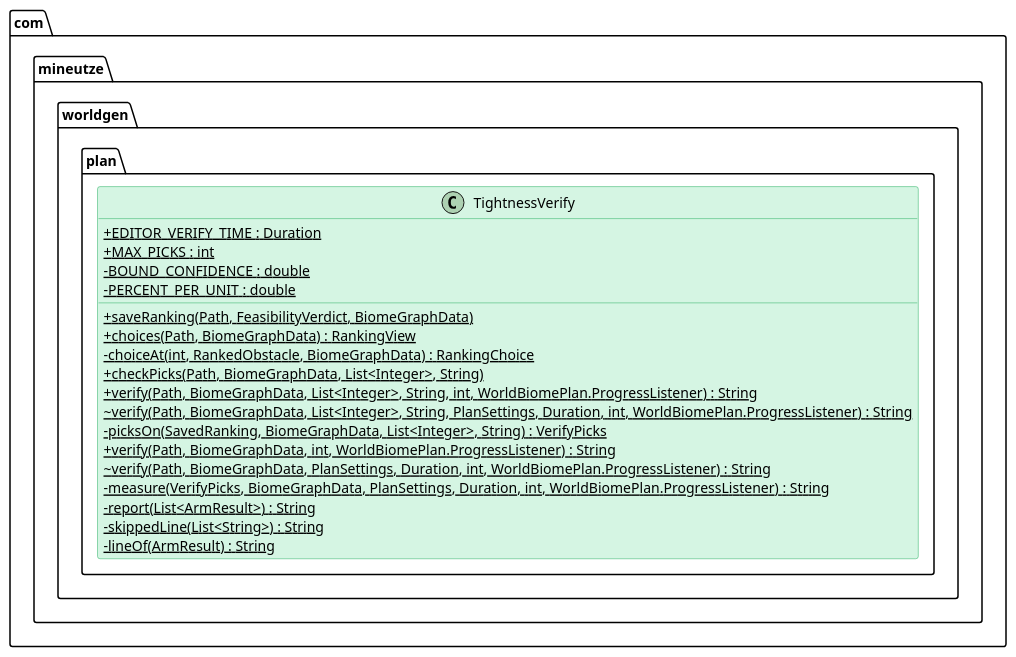
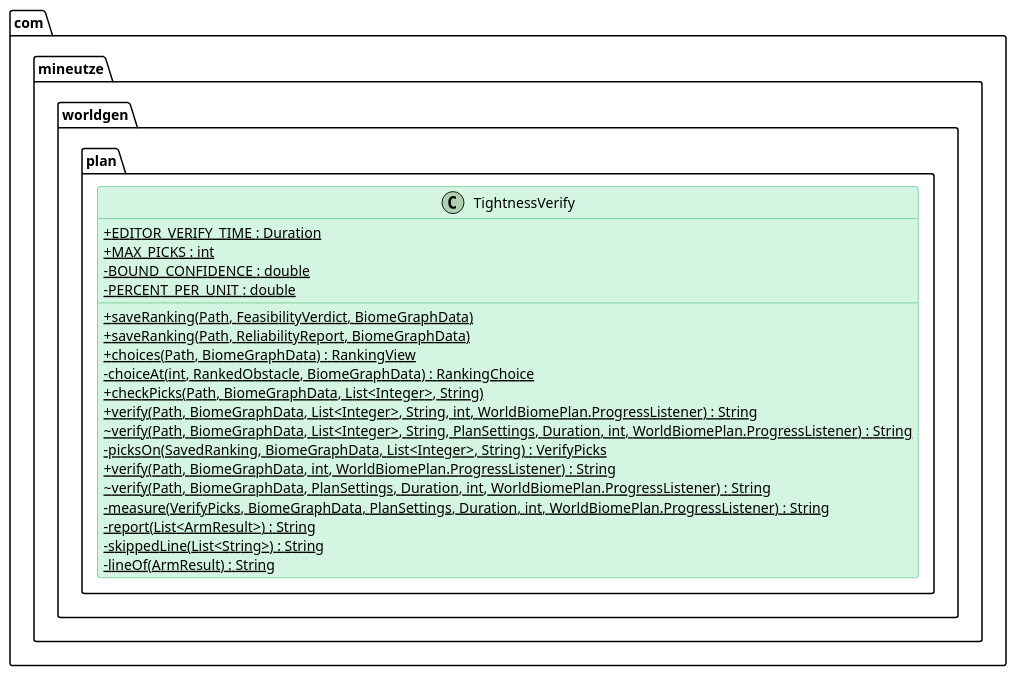
Before and after one commit to Boulede987/Mine-Utz: the diagram in companion-mods/mineutze-worldgen/doc/Modelisation/ClassDiagram/com/mineutze/worldgen/plan/TightnessVerify.puml, drawn with PlantUML. The commit also changed 45 other files, not shown here.

Commit message:
docs(worldgen): regenerate class diagrams for the Reliability run

```diff
--- a/companion-mods/mineutze-worldgen/doc/Modelisation/ClassDiagram/com/mineutze/worldgen/plan/TightnessVerify.puml
+++ b/companion-mods/mineutze-worldgen/doc/Modelisation/ClassDiagram/com/mineutze/worldgen/plan/TightnessVerify.puml
@@ -1,54 +1,55 @@
 @startuml TightnessVerify
 
 skinparam classAttributeIconSize 0
 skinparam shadowing false
 
 skinparam class {
   BackgroundColor<<interface>> #D6EAF8
   BorderColor<<interface>> #2E86C1
 }
 skinparam class {
   BackgroundColor<<abstract>> #E8DAEF
   BorderColor<<abstract>> #8E44AD
 }
 skinparam class {
   BackgroundColor #D5F5E3
   BorderColor #27AE60
 }
 skinparam class {
   BackgroundColor<<record>> #FCF3CF
   BorderColor<<record>> #B7950B
 }
 skinparam class {
   BackgroundColor<<static>> #a7faa0
   BorderColor<<static>> #38d610
 }
 skinparam class {
   BackgroundColor<<enum>> #F5B7B1
   BorderColor<<enum>> #C0392B
 }
 
 namespace com.mineutze.worldgen.plan {
 class TightnessVerify {
   + {static} EDITOR_VERIFY_TIME : Duration
   + {static} MAX_PICKS : int
   - {static} BOUND_CONFIDENCE : double
   - {static} PERCENT_PER_UNIT : double
   + {static} saveRanking(Path, FeasibilityVerdict, BiomeGraphData)
+  + {static} saveRanking(Path, ReliabilityReport, BiomeGraphData)
   + {static} choices(Path, BiomeGraphData) : RankingView
   - {static} choiceAt(int, RankedObstacle, BiomeGraphData) : RankingChoice
   + {static} checkPicks(Path, BiomeGraphData, List<Integer>, String)
   + {static} verify(Path, BiomeGraphData, List<Integer>, String, int, WorldBiomePlan.ProgressListener) : String
   ~ {static} verify(Path, BiomeGraphData, List<Integer>, String, PlanSettings, Duration, int, WorldBiomePlan.ProgressListener) : String
   - {static} picksOn(SavedRanking, BiomeGraphData, List<Integer>, String) : VerifyPicks
   + {static} verify(Path, BiomeGraphData, int, WorldBiomePlan.ProgressListener) : String
   ~ {static} verify(Path, BiomeGraphData, PlanSettings, Duration, int, WorldBiomePlan.ProgressListener) : String
   - {static} measure(VerifyPicks, BiomeGraphData, PlanSettings, Duration, int, WorldBiomePlan.ProgressListener) : String
   - {static} report(List<ArmResult>) : String
   - {static} skippedLine(List<String>) : String
   - {static} lineOf(ArmResult) : String
 }
 }
 
 
 @enduml
```
